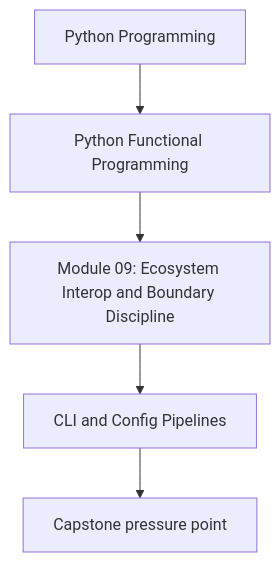
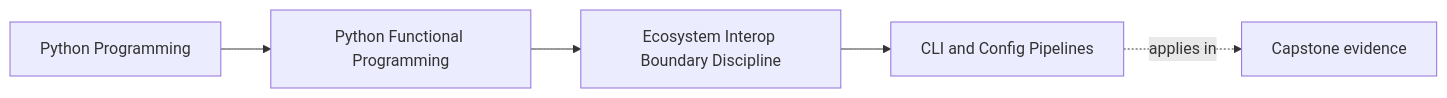
The first of 2 diagrams in programs/python-programming/python-functional-programming/course-book/module-09-ecosystem-interop-boundary-discipline/cli-and-config-pipelines.md (bijux/bijux-masterclass), drawn with Mermaid before and after one commit. The commit also changed other lines of this file and 108 other files, not shown here.

Commit message:
docs(python-functional-programming): map capstone and advanced design surfaces

````diff
--- a/programs/python-programming/python-functional-programming/course-book/module-09-ecosystem-interop-boundary-discipline/cli-and-config-pipelines.md
+++ b/programs/python-programming/python-functional-programming/course-book/module-09-ecosystem-interop-boundary-discipline/cli-and-config-pipelines.md
@@ -6,7 +6,11 @@
 ```mermaid
-flowchart TD
-  family["Python Programming"] --> program["Python Functional Programming"]
-  program --> module["Module 09: Ecosystem Interop and Boundary Discipline"]
-  module --> concept["CLI and Config Pipelines"]
-  concept --> capstone["Capstone pressure point"]
+graph LR
+  family["Python Programming"]
+  program["Python Functional Programming"]
+  section["Ecosystem Interop Boundary Discipline"]
+  page["CLI and Config Pipelines"]
+  capstone["Capstone evidence"]
+
+  family --> program --> section --> page
+  page -.applies in.-> capstone
 ```
````
